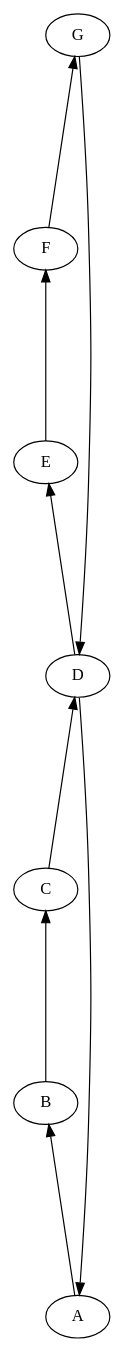
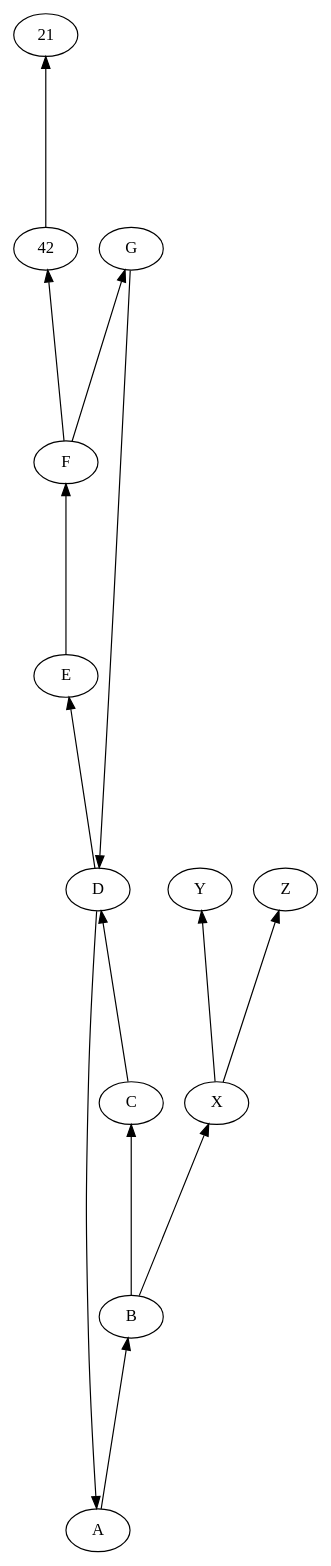
The diagram in docs/Viewer.Samples/Cycles.dot (plainionist/Plainion.GraphViz), drawn with Graphviz before and after one commit. The commit also changed 4 other files, not shown here.

```diff
--- a/docs/Viewer.Samples/Cycles.dot
+++ b/docs/Viewer.Samples/Cycles.dot
@@ -1,15 +1,22 @@
 digraph {
     ratio="compress"
     rankdir=BT
     ranksep="2.0 equally"
     
     A -> B
     B -> C
     C -> D
     D -> E
     E -> F
     F -> G
 
     D -> A
     G -> D
+
+    B -> X
+    X -> Y
+    X -> Z
+
+    F -> 42
+    42 -> 21
 }
```
